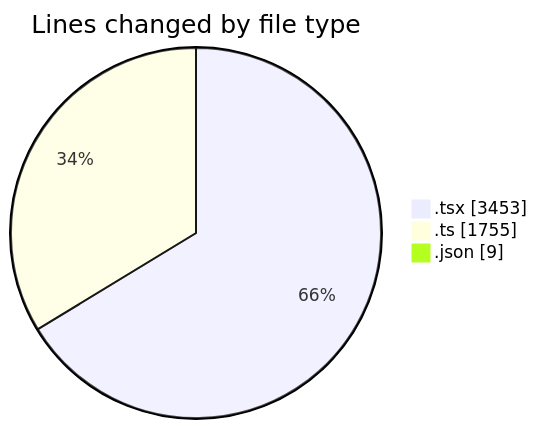
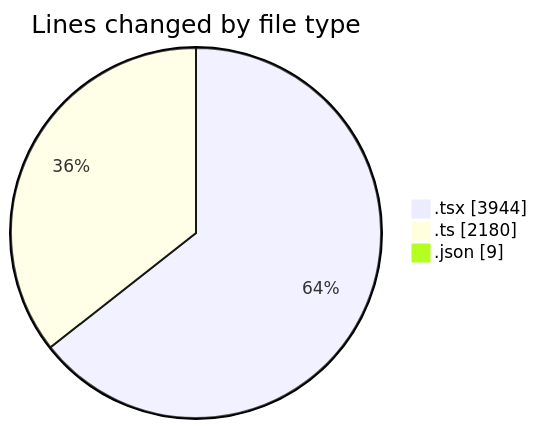
The first of 2 diagrams in 2025-10-15/eventscop-frontend-guide__workspace_/README.md (julien-gomy/code-tracking), drawn with Mermaid before and after one commit. The commit also changed other lines of this file and 1 other file, not shown here.

````diff
--- a/2025-10-15/eventscop-frontend-guide__workspace_/README.md
+++ b/2025-10-15/eventscop-frontend-guide__workspace_/README.md
@@ -46,7 +47,7 @@
 ```mermaid
 pie showData
 title Lines changed by file type
-".tsx" : 3453
-".ts" : 1755
+".tsx" : 3944
+".ts" : 2180
 ".json" : 9
 ```
````
